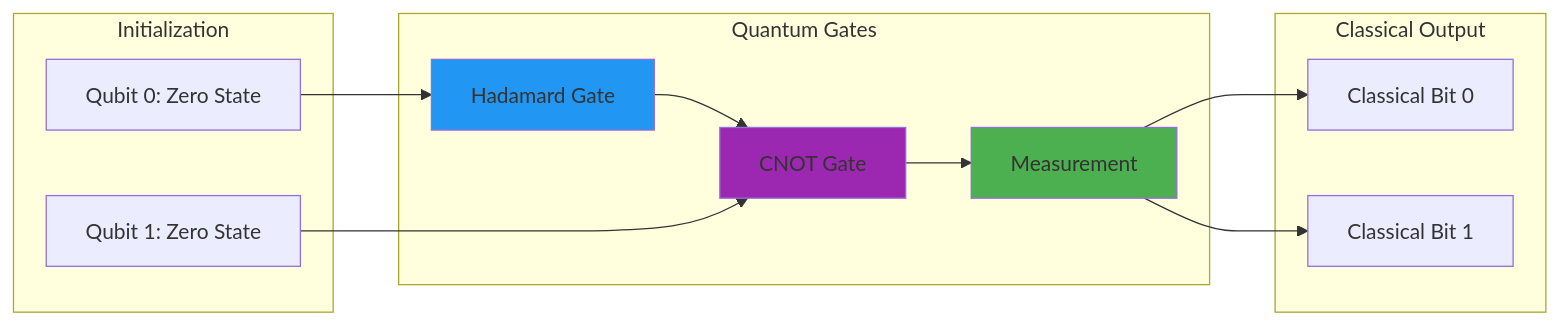
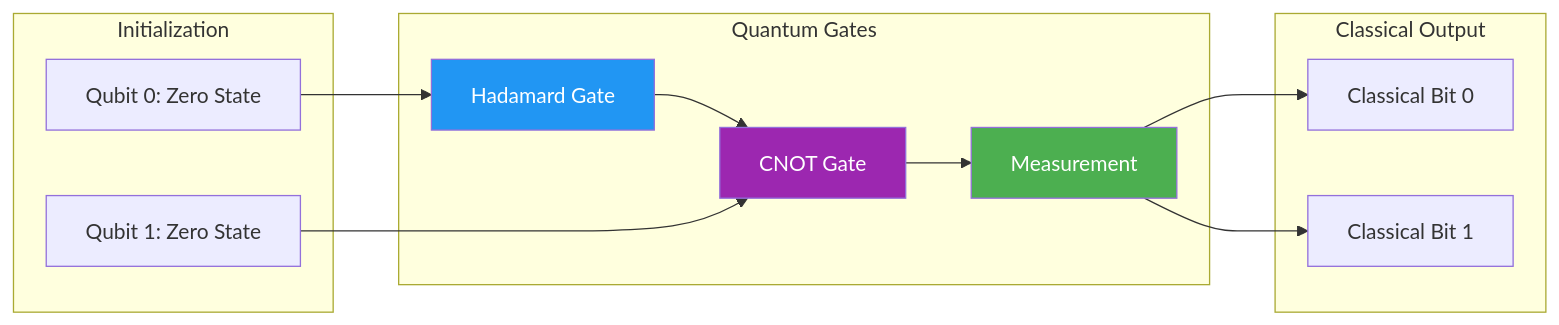
Before and after one commit to williamzujkowski/williamzujkowski.github.io: the diagram in src/posts/2024-08-02-quantum-computing-leap-forward.md, drawn with Mermaid. The commit also changed 40 other files, not shown here.

First line of the commit message:
fix(blog): add explicit text color to all mermaid classDef/style (#171)

````diff
--- a/src/posts/2024-08-02-quantum-computing-leap-forward.md
+++ b/src/posts/2024-08-02-quantum-computing-leap-forward.md
@@ -21,30 +21,30 @@
 ```mermaid
 flowchart LR
     subgraph initialization["Initialization"]
         Q0[Qubit 0: Zero State]
         Q1[Qubit 1: Zero State]
     end
     subgraph quantumgates["Quantum Gates"]
         H[Hadamard Gate]
         CNOT[CNOT Gate]
         M[Measurement]
     end
     subgraph classicaloutput["Classical Output"]
         C0[Classical Bit 0]
         C1[Classical Bit 1]
     end
 
     Q0 --> H
     H --> CNOT
     Q1 --> CNOT
     CNOT --> M
     M --> C0
     M --> C1
 
-    classDef hadamardStyle fill:#2196f3
-    classDef cnotStyle fill:#9c27b0
-    classDef measureStyle fill:#4caf50
+    classDef hadamardStyle fill:#2196f3,color:#fff
+    classDef cnotStyle fill:#9c27b0,color:#fff
+    classDef measureStyle fill:#4caf50,color:#fff
     class H hadamardStyle
     class CNOT cnotStyle
     class M measureStyle
 ```
````
